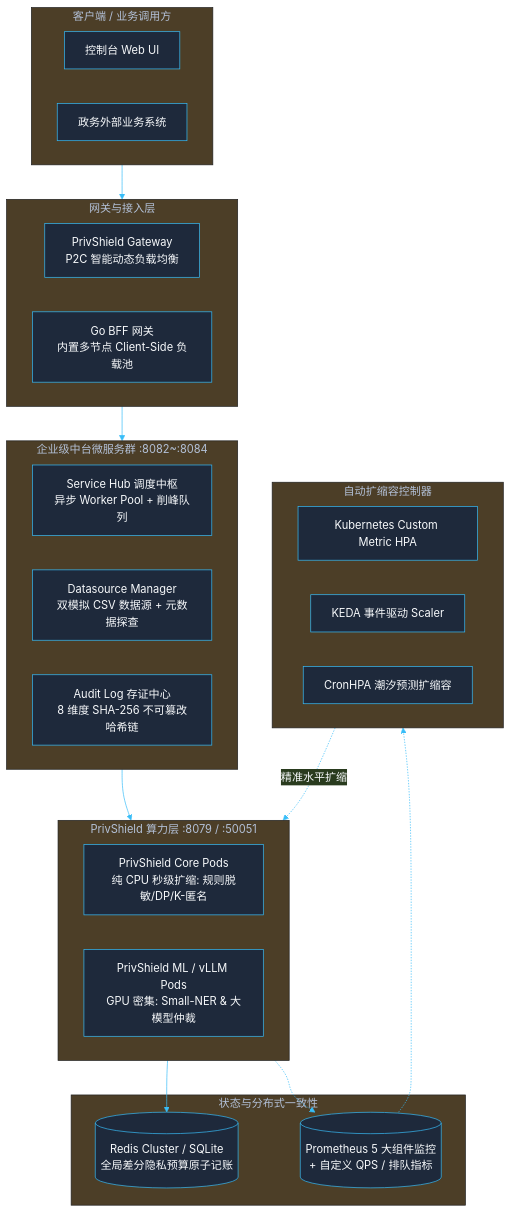
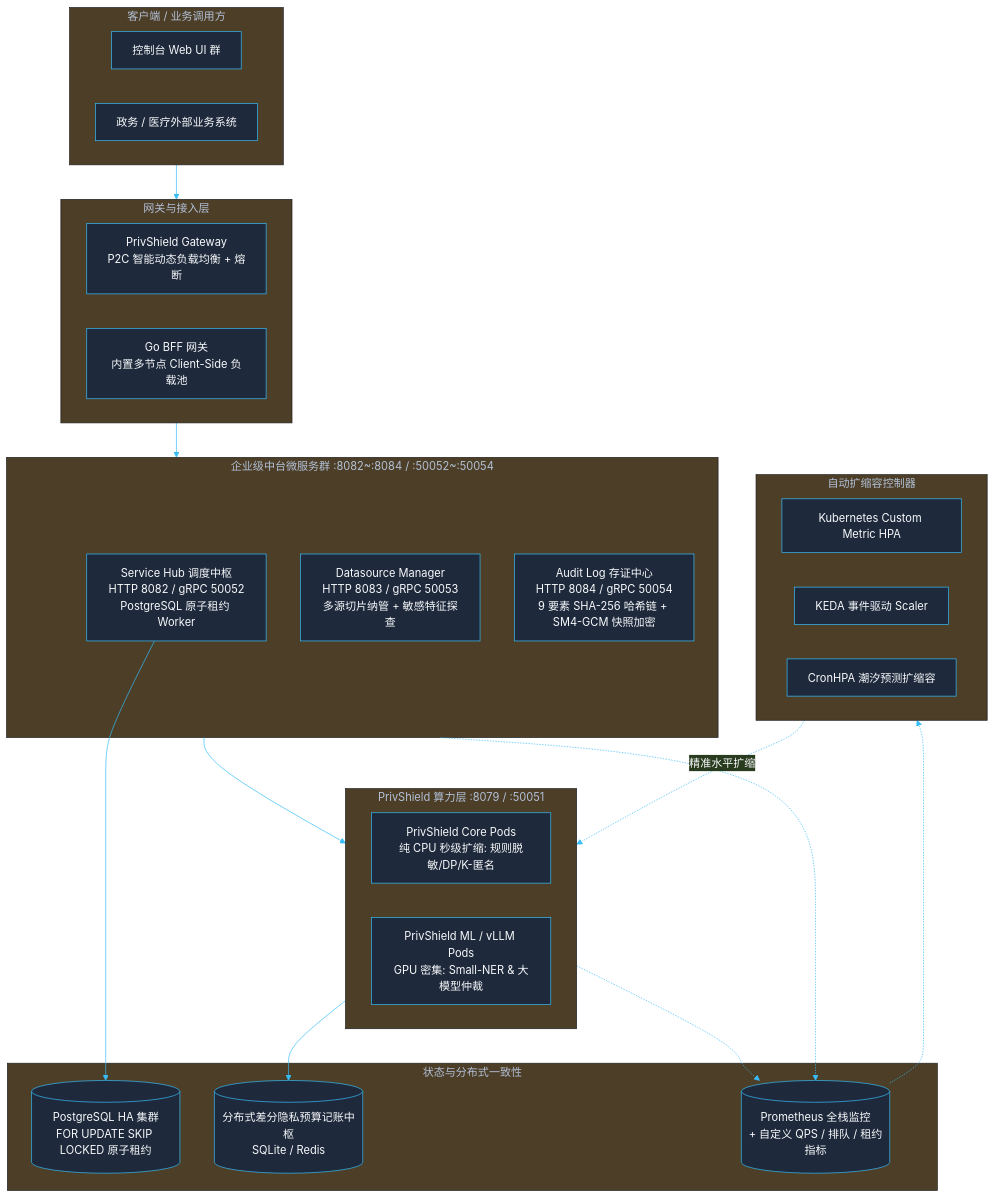
The diagram in docs/architecture/production_optimization_design.md (fengzhizi319/PrivShield), drawn with Mermaid before and after one commit. The commit also changed other lines of this file and 6 other files, not shown here.

First line of the commit message:
docs(architecture): sync all architecture docs with current codebase

````diff
--- a/docs/architecture/production_optimization_design.md
+++ b/docs/architecture/production_optimization_design.md
@@ -11,43 +23,46 @@
 ```mermaid
 %%{init: {'theme': 'base', 'themeVariables': { 'primaryColor': '#1e293b', 'primaryTextColor': '#f8fafc', 'primaryBorderColor': '#38bdf8', 'lineColor': '#38bdf8' }}}%%
 flowchart TD
     subgraph Clients [客户端 / 业务调用方]
-        WebUI[控制台 Web UI]
-        GovAPI[政务外部业务系统]
+        WebUI[控制台 Web UI 群]
+        GovAPI[政务 / 医疗外部业务系统]
     end
 
     subgraph GatewayLayer [网关与接入层]
-        PyGateway[PrivShield Gateway<br/>P2C 智能动态负载均衡]
+        PyGateway[PrivShield Gateway<br/>P2C 智能动态负载均衡 + 熔断]
         GoBFF[Go BFF 网关<br/>内置多节点 Client-Side 负载池]
     end
 
-    subgraph ServiceMesh [企业级中台微服务群 :8082~:8084]
-        ServiceHub[Service Hub 调度中枢<br/>异步 Worker Pool + 削峰队列]
-        DatasourceMgr[Datasource Manager<br/>双模拟 CSV 数据源 + 元数据探查]
-        AuditLog[Audit Log 存证中心<br/>8 维度 SHA-256 不可篡改哈希链]
+    subgraph ServiceMesh [企业级中台微服务群 :8082~:8084 / :50052~:50054]
+        ServiceHub[Service Hub 调度中枢<br/>HTTP 8082 / gRPC 50052<br/>PostgreSQL 原子租约 Worker]
+        DatasourceMgr[Datasource Manager<br/>HTTP 8083 / gRPC 50053<br/>多源切片纳管 + 敏感特征探查]
+        AuditLog[Audit Log 存证中心<br/>HTTP 8084 / gRPC 50054<br/>9 要素 SHA-256 哈希链 + SM4-GCM 快照加密]
     end
 
     subgraph ComputeEngines [PrivShield 算力层 :8079 / :50051]
         AgentCore[PrivShield Core Pods<br/>纯 CPU 秒级扩缩: 规则脱敏/DP/K-匿名]
         AgentML[PrivShield ML / vLLM Pods<br/>GPU 密集: Small-NER & 大模型仲裁]
     end
 
     subgraph StorageAndConsistency [状态与分布式一致性]
-        RedisCluster[(Redis Cluster / SQLite<br/>全局差分隐私预算原子记账)]
-        Prometheus[(Prometheus 5 大组件监控<br/>+ 自定义 QPS / 排队指标)]
+        PGCluster[(PostgreSQL HA 集群<br/>FOR UPDATE SKIP LOCKED 原子租约)]
+        BudgetDB[(分布式差分隐私预算记账中枢<br/>SQLite / Redis)]
+        Prometheus[(Prometheus 全栈监控<br/>+ 自定义 QPS / 排队 / 租约指标)]
     end
 
     subgraph ScalingControl [自动扩缩容控制器]
         HPA[Kubernetes Custom Metric HPA]
         KEDA[KEDA 事件驱动 Scaler]
         CronHPA[CronHPA 潮汐预测扩缩容]
     end
 
     Clients --> GatewayLayer
     GatewayLayer --> ServiceMesh
     ServiceMesh --> ComputeEngines
-    ComputeEngines --> RedisCluster
+    ServiceHub --> PGCluster
+    ComputeEngines --> BudgetDB
     ComputeEngines -.-> Prometheus
+    ServiceMesh -.-> Prometheus
     Prometheus -.-> ScalingControl
     ScalingControl -.->|精准水平扩缩| ComputeEngines
 ```
````
